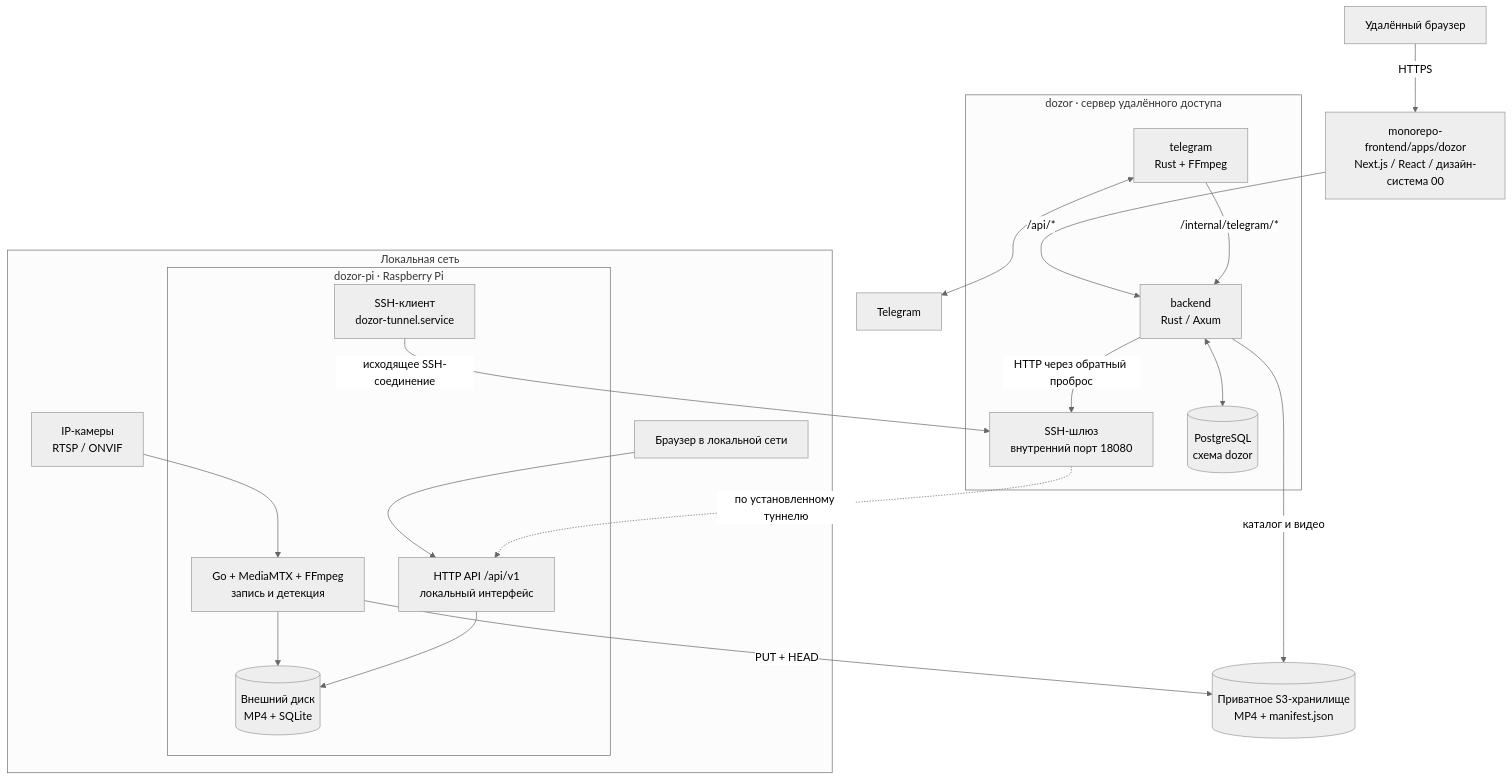
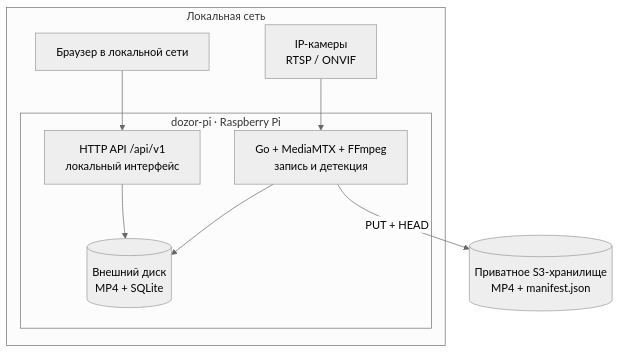
Before and after one commit to Jourloy/dozor: the first of 4 diagrams in README.md, drawn with Mermaid (neutral theme). The commit also changed other lines of this file, not shown here.

````diff
--- a/README.md
+++ b/README.md
@@ -29,40 +28,20 @@
 ```mermaid
 flowchart TB
   subgraph Home["Локальная сеть"]
     Cameras["IP-камеры<br/>RTSP / ONVIF"]
     subgraph Pi["dozor-pi · Raspberry Pi"]
       Recorder["Go + MediaMTX + FFmpeg<br/>запись и детекция"]
       Disk[("Внешний диск<br/>MP4 + SQLite")]
       PiAPI["HTTP API /api/v1<br/>локальный интерфейс"]
-      SSH["SSH-клиент<br/>dozor-tunnel.service"]
     end
     Local["Браузер в локальной сети"]
   end
 
-  subgraph Server["dozor · сервер удалённого доступа"]
-    Gateway["SSH-шлюз<br/>внутренний порт 18080"]
-    Backend["backend<br/>Rust / Axum"]
-    PG[("PostgreSQL<br/>схема dozor")]
-    Bot["telegram<br/>Rust + FFmpeg"]
-  end
-
   S3[("Приватное S3-хранилище<br/>MP4 + manifest.json")]
-  Frontend["monorepo-frontend/apps/dozor<br/>Next.js / React / дизайн-система 00"]
-  Remote["Удалённый браузер"]
-  Telegram["Telegram"]
 
   Cameras --> Recorder
   Recorder --> Disk
   PiAPI --> Disk
   Local --> PiAPI
   Recorder -->|"PUT + HEAD"| S3
-  SSH -->|"исходящее SSH-соединение"| Gateway
-  Backend -->|"HTTP через обратный проброс"| Gateway
-  Gateway -.->|"по установленному туннелю"| PiAPI
-  Backend -->|"каталог и видео"| S3
-  Backend <--> PG
-  Remote -->|"HTTPS"| Frontend
-  Frontend -->|"/api/*"| Backend
-  Bot -->|"/internal/telegram/*"| Backend
-  Bot <--> Telegram
 ```
````
